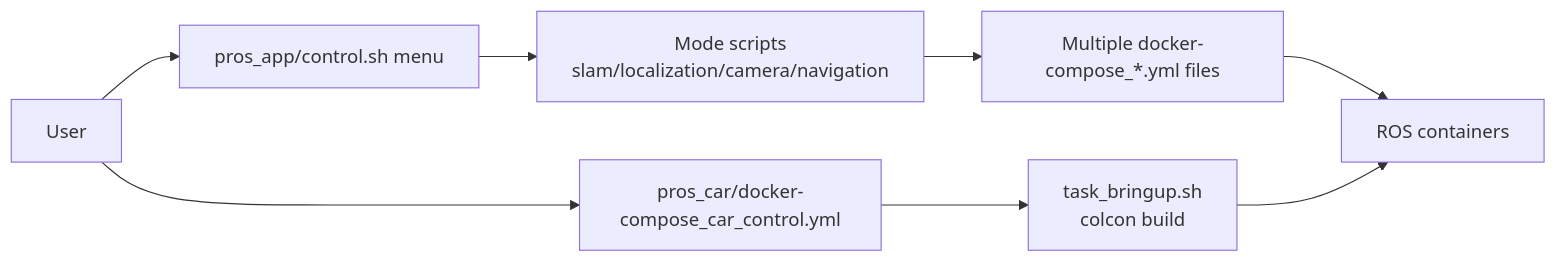
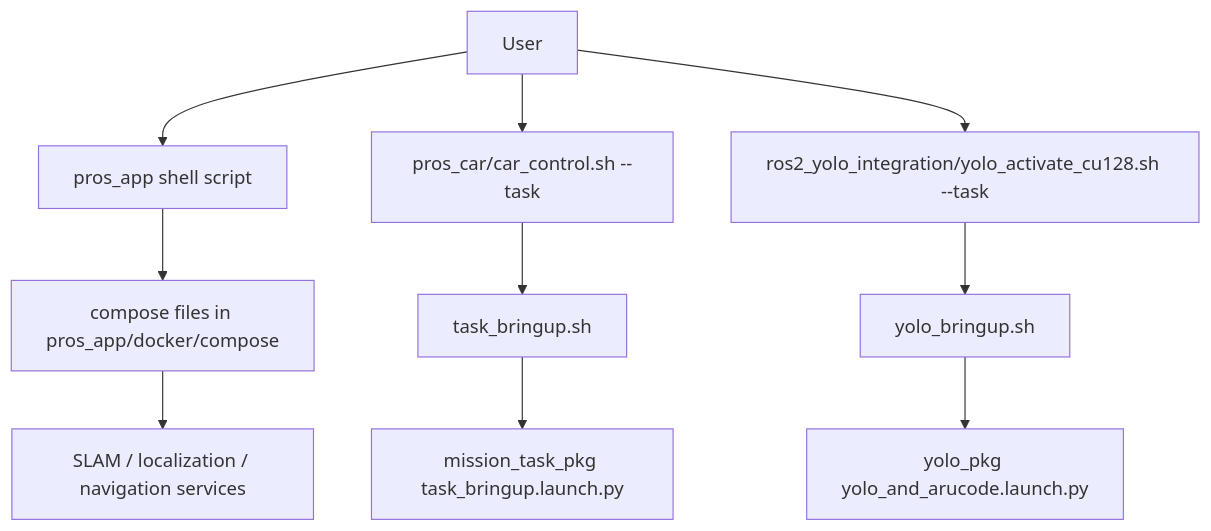
The second of 3 diagrams in docs/project_architecture_review.md (Qian-0203/robotic_nav_final), drawn with Mermaid before and after one commit. The commit also changed other lines of this file and 3 other files, not shown here.

````diff
--- a/docs/project_architecture_review.md
+++ b/docs/project_architecture_review.md
@@ -201,13 +55,17 @@
 ```mermaid
-flowchart LR
+flowchart TD
     User[User]
-    Menu[pros_app/control.sh menu]
-    Scripts[Mode scripts<br/>slam/localization/camera/navigation]
-    Compose[Multiple docker-compose_*.yml files]
-    Containers[ROS containers]
-    CarCompose[pros_car/docker-compose_car_control.yml]
-    BuildAtStart[task_bringup.sh<br/>colcon build]
+    AppScript[pros_app shell script]
+    Compose[compose files in pros_app/docker/compose]
+    NavStack[SLAM / localization / navigation services]
+    CarScript[pros_car/car_control.sh --task]
+    TaskBringup[task_bringup.sh]
+    MissionLaunch[mission_task_pkg task_bringup.launch.py]
+    YoloScript[ros2_yolo_integration/yolo_activate_cu128.sh --task]
+    YoloBringup[yolo_bringup.sh]
+    YoloLaunch[yolo_pkg yolo_and_arucode.launch.py]
 
-    User --> Menu --> Scripts --> Compose --> Containers
-    User --> CarCompose --> BuildAtStart --> Containers
+    User --> AppScript --> Compose --> NavStack
+    User --> CarScript --> TaskBringup --> MissionLaunch
+    User --> YoloScript --> YoloBringup --> YoloLaunch
 ```
````
